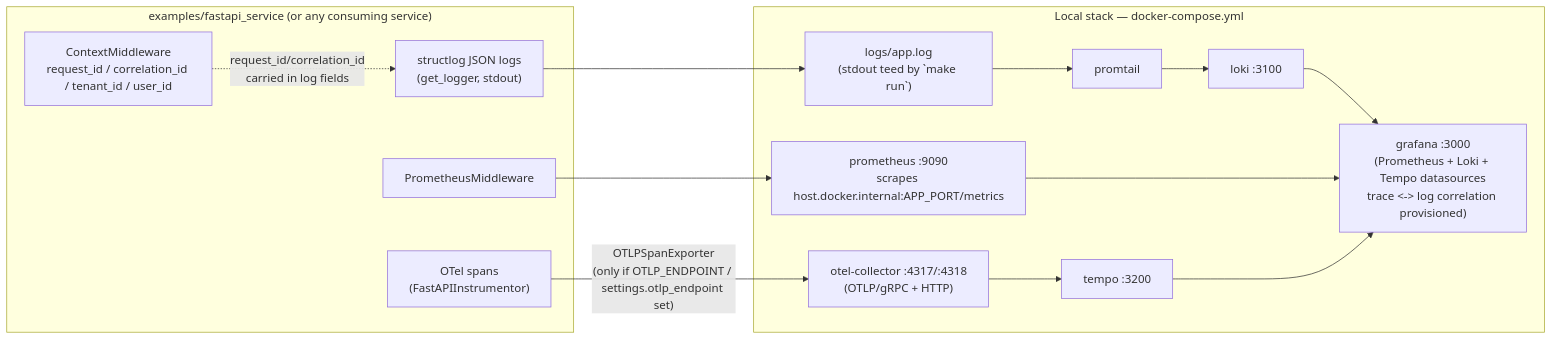
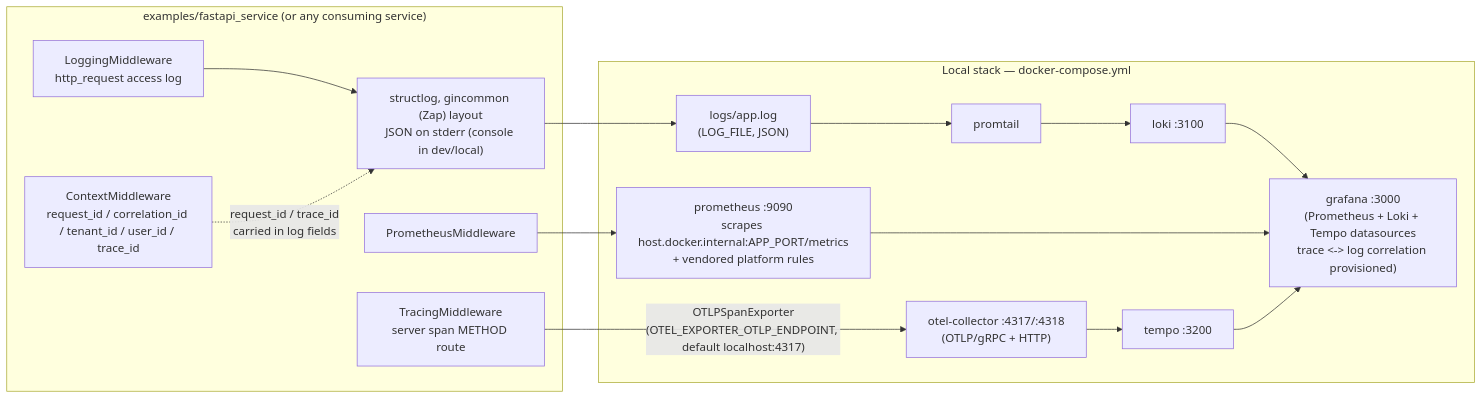
The diagram in docs/architecture/mermaid/observability-stack.mmd (BCBP-SOLUTIONS-FZC-LLC/platform-fastapicommon), drawn with Mermaid before and after one commit. The commit also changed 141 other files, not shown here.

First line of the commit message:
feat!: align logs, metrics and traces with platform-gincommon v2; CI/CD port; production-readiness fixes (#25)

```diff
--- a/docs/architecture/mermaid/observability-stack.mmd
+++ b/docs/architecture/mermaid/observability-stack.mmd
@@ -1,31 +1,33 @@
 graph LR
     subgraph app["examples/fastapi_service (or any consuming service)"]
-        ctxmw["ContextMiddleware\nrequest_id / correlation_id / tenant_id / user_id"]
+        tracemw["TracingMiddleware\nserver span METHOD route"]
+        ctxmw["ContextMiddleware\nrequest_id / correlation_id / tenant_id / user_id / trace_id"]
+        logmw["LoggingMiddleware\nhttp_request access log"]
         promw["PrometheusMiddleware"]
-        logger["structlog JSON logs\n(get_logger, stdout)"]
-        tracer["OTel spans\n(FastAPIInstrumentor)"]
+        logger["structlog, gincommon (Zap) layout\nJSON on stderr (console in dev/local)"]
     end
 
     subgraph local["Local stack — docker-compose.yml"]
-        logfile["logs/app.log\n(stdout teed by `make run`)"]
+        logfile["logs/app.log\n(LOG_FILE, JSON)"]
         promtail["promtail"]
         loki["loki :3100"]
-        prometheus["prometheus :9090\nscrapes host.docker.internal:APP_PORT/metrics"]
+        prometheus["prometheus :9090\nscrapes host.docker.internal:APP_PORT/metrics\n+ vendored platform rules"]
         collector["otel-collector :4317/:4318\n(OTLP/gRPC + HTTP)"]
         tempo["tempo :3200"]
         grafana["grafana :3000\n(Prometheus + Loki + Tempo datasources\ntrace <-> log correlation provisioned)"]
     end
 
+    logmw --> logger
     logger --> logfile
     logfile --> promtail
     promtail --> loki
     loki --> grafana
 
     promw --> prometheus
     prometheus --> grafana
 
-    tracer -->|"OTLPSpanExporter\n(only if OTLP_ENDPOINT / settings.otlp_endpoint set)"| collector
+    tracemw -->|"OTLPSpanExporter\n(OTEL_EXPORTER_OTLP_ENDPOINT, default localhost:4317)"| collector
     collector --> tempo
     tempo --> grafana
 
-    ctxmw -.->|"request_id/correlation_id\ncarried in log fields"| logger
+    ctxmw -.->|"request_id / trace_id\ncarried in log fields"| logger
```
